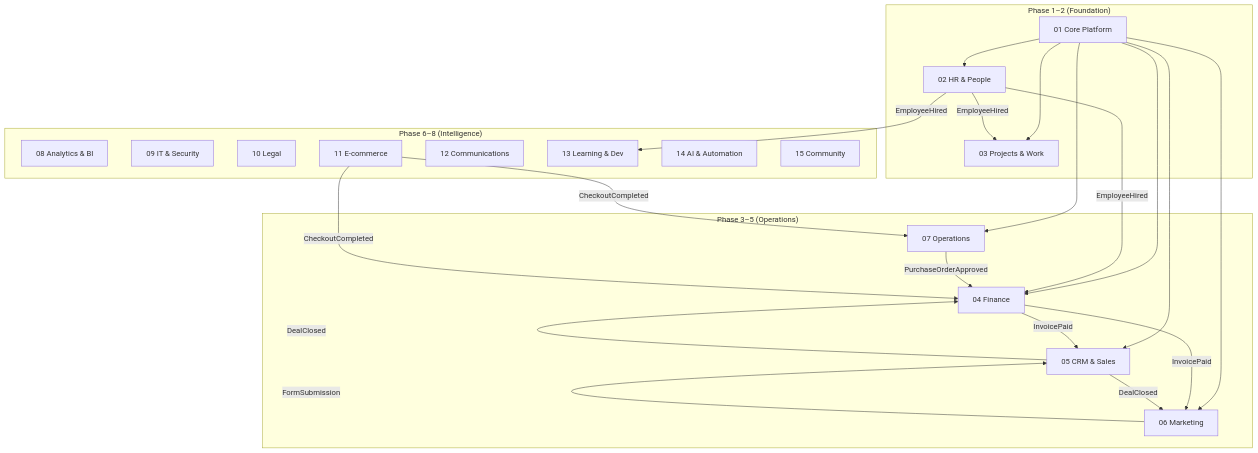
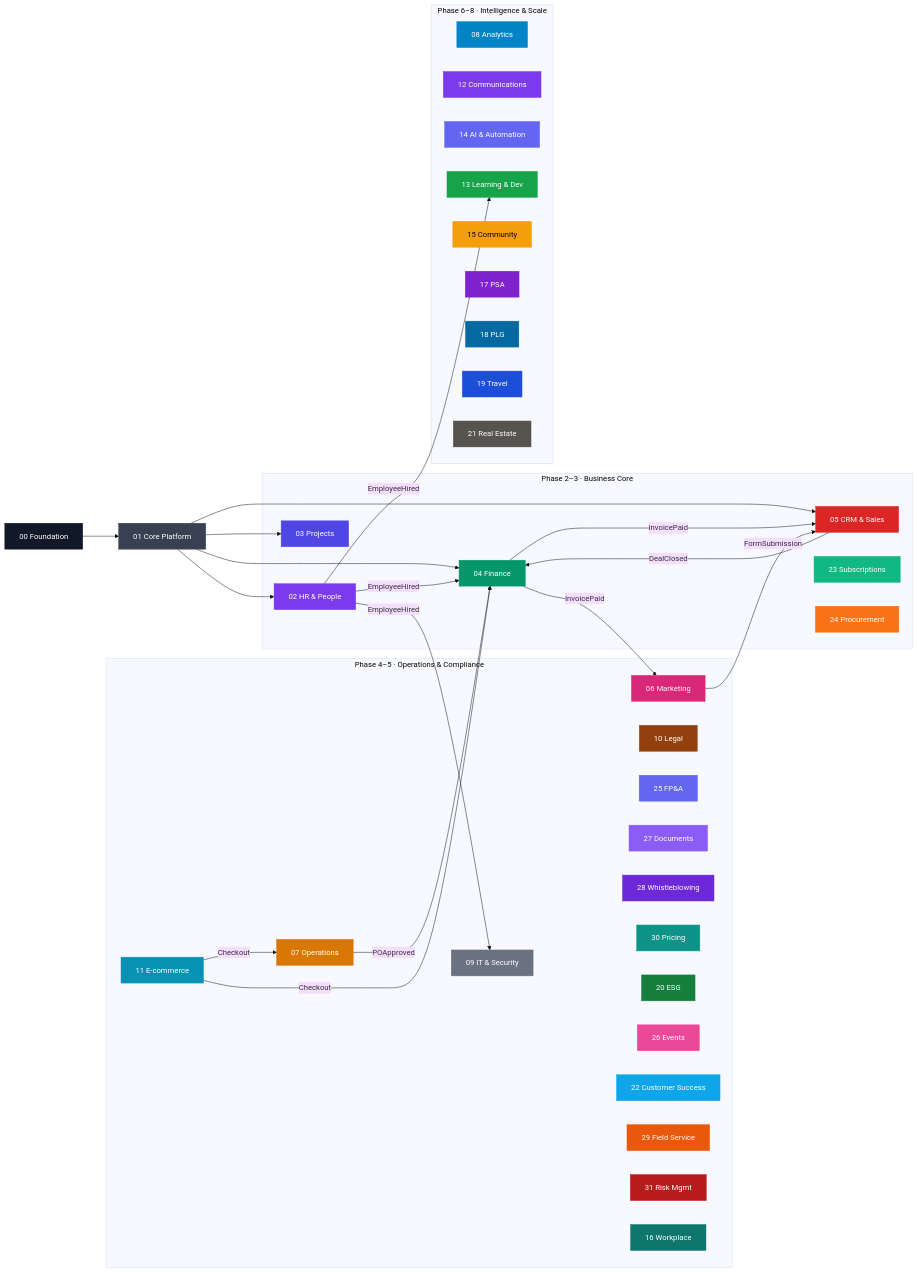
One commit to Max-Nijenkamp/FlowFlex changed the diagram in flowflex-vault/left-brain/domains/MOC_Domains.md. Above: the diagram before and after it, drawn with Mermaid. The commit also changed other lines of this file and 47 other files, not shown here.

Commit message:
finish flowflex vault

````diff
--- a/flowflex-vault/left-brain/domains/MOC_Domains.md
+++ b/flowflex-vault/left-brain/domains/MOC_Domains.md
@@ -15,34 +33,91 @@
 ```mermaid
-graph TD
-    subgraph Foundation["Phase 1–2 (Foundation)"]
-        CORE["01 Core Platform"]
-        HR["02 HR & People"]
-        PROJ["03 Projects & Work"]
+%%{init: {"theme": "base"}}%%
+graph LR
+    FOUND["00 Foundation"]:::c00
+    CORE["01 Core Platform"]:::c01
+
+    subgraph p23["Phase 2–3 · Business Core"]
+        HR["02 HR & People"]:::c02
+        PROJ["03 Projects"]:::c03
+        FIN["04 Finance"]:::c04
+        CRM["05 CRM & Sales"]:::c05
+        SUB["23 Subscriptions"]:::c23
+        PROC["24 Procurement"]:::c24
     end
 
-    subgraph Operations["Phase 3–5 (Operations)"]
-        FIN["04 Finance"]
-        CRM["05 CRM & Sales"]
-        MKT["06 Marketing"]
-        OPS["07 Operations"]
+    subgraph p45["Phase 4–5 · Operations & Compliance"]
+        MKT["06 Marketing"]:::c06
+        OPS["07 Operations"]:::c07
+        IT["09 IT & Security"]:::c09
+        LEG["10 Legal"]:::c10
+        ECO["11 E-commerce"]:::c11
+        FPA["25 FP&A"]:::c25
+        DMS["27 Documents"]:::c27
+        WHISTLE["28 Whistleblowing"]:::c28
+        PRICE["30 Pricing"]:::c30
+        ESG["20 ESG"]:::c20
+        EVENTS["26 Events"]:::c26
+        CS["22 Customer Success"]:::c22
+        FSM["29 Field Service"]:::c29
+        RISK["31 Risk Mgmt"]:::c31
+        WORK["16 Workplace"]:::c16
     end
 
-    subgraph Intelligence["Phase 6–8 (Intelligence)"]
-        ANA["08 Analytics & BI"]
-        IT["09 IT & Security"]
-        LEG["10 Legal"]
-        ECO["11 E-commerce"]
-        COM["12 Communications"]
-        LMS["13 Learning & Dev"]
-        AI["14 AI & Automation"]
-        CMT["15 Community"]
+    subgraph p68["Phase 6–8 · Intelligence & Scale"]
+        ANA["08 Analytics"]:::c08
+        COMMS["12 Communications"]:::c12
+        AI["14 AI & Automation"]:::c14
+        LMS["13 Learning & Dev"]:::c13
+        CMT["15 Community"]:::c15
+        PSA["17 PSA"]:::c17
+        PLG["18 PLG"]:::c18
+        TRAVEL["19 Travel"]:::c19
+        RE["21 Real Estate"]:::c21
     end
 
-    CORE --> HR & PROJ & FIN & CRM & MKT & OPS
-    HR -->|"EmployeeHired"| FIN & PROJ & LMS
-    FIN -->|"InvoicePaid"| CRM & MKT
-    CRM -->|"DealClosed"| FIN & MKT
+    FOUND --> CORE
+    CORE --> HR & PROJ & FIN & CRM
+    HR -->|"EmployeeHired"| FIN
+    HR -->|"EmployeeHired"| LMS
+    HR -->|"EmployeeHired"| IT
+    FIN -->|"InvoicePaid"| CRM
+    FIN -->|"InvoicePaid"| MKT
+    CRM -->|"DealClosed"| FIN
     MKT -->|"FormSubmission"| CRM
-    OPS -->|"PurchaseOrderApproved"| FIN
-    ECO -->|"CheckoutCompleted"| FIN & OPS
+    OPS -->|"POApproved"| FIN
+    ECO -->|"Checkout"| FIN
+    ECO -->|"Checkout"| OPS
+
+    classDef c00 fill:#111827,color:#fff,stroke:#111827
+    classDef c01 fill:#374151,color:#fff,stroke:#374151
+    classDef c02 fill:#7C3AED,color:#fff,stroke:#7C3AED
+    classDef c03 fill:#4F46E5,color:#fff,stroke:#4F46E5
+    classDef c04 fill:#059669,color:#fff,stroke:#059669
+    classDef c05 fill:#DC2626,color:#fff,stroke:#DC2626
+    classDef c06 fill:#DB2777,color:#fff,stroke:#DB2777
+    classDef c07 fill:#D97706,color:#fff,stroke:#D97706
+    classDef c08 fill:#0284C7,color:#fff,stroke:#0284C7
+    classDef c09 fill:#6B7280,color:#fff,stroke:#6B7280
+    classDef c10 fill:#92400E,color:#fff,stroke:#92400E
+    classDef c11 fill:#0891B2,color:#fff,stroke:#0891B2
+    classDef c12 fill:#7C3AED,color:#fff,stroke:#7C3AED
+    classDef c13 fill:#16A34A,color:#fff,stroke:#16A34A
+    classDef c14 fill:#6366F1,color:#fff,stroke:#6366F1
+    classDef c15 fill:#F59E0B,color:#000,stroke:#F59E0B
+    classDef c16 fill:#0F766E,color:#fff,stroke:#0F766E
+    classDef c17 fill:#7E22CE,color:#fff,stroke:#7E22CE
+    classDef c18 fill:#0369A1,color:#fff,stroke:#0369A1
+    classDef c19 fill:#1D4ED8,color:#fff,stroke:#1D4ED8
+    classDef c20 fill:#15803D,color:#fff,stroke:#15803D
+    classDef c21 fill:#57534E,color:#fff,stroke:#57534E
+    classDef c22 fill:#0EA5E9,color:#fff,stroke:#0EA5E9
+    classDef c23 fill:#10B981,color:#fff,stroke:#10B981
+    classDef c24 fill:#F97316,color:#fff,stroke:#F97316
+    classDef c25 fill:#6366F1,color:#fff,stroke:#6366F1
+    classDef c26 fill:#EC4899,color:#fff,stroke:#EC4899
+    classDef c27 fill:#8B5CF6,color:#fff,stroke:#8B5CF6
+    classDef c28 fill:#6D28D9,color:#fff,stroke:#6D28D9
+    classDef c29 fill:#EA580C,color:#fff,stroke:#EA580C
+    classDef c30 fill:#0D9488,color:#fff,stroke:#0D9488
+    classDef c31 fill:#B91C1C,color:#fff,stroke:#B91C1C
 ```
````
